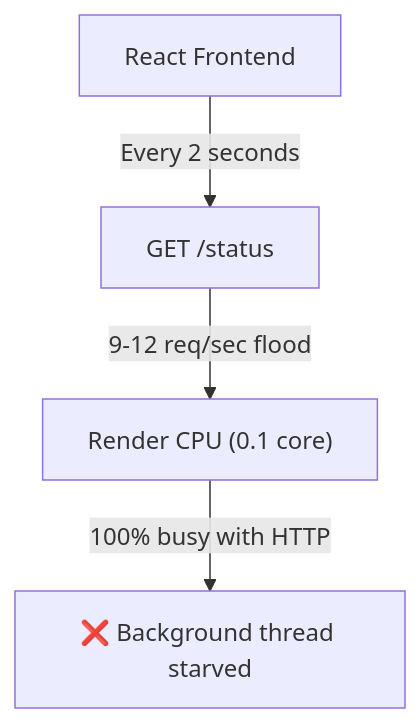
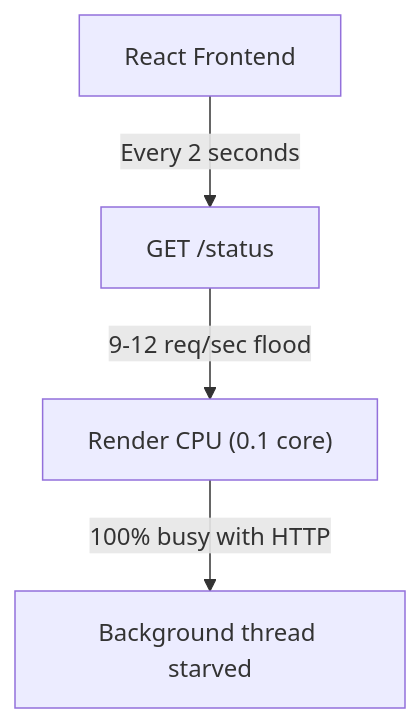
One commit to mujeebmasi/redis-rag changed the seventh of 7 diagrams in README.md. Above: the diagram before and after it, drawn with Mermaid. The commit also changed other lines of this file, not shown here.

````diff
--- a/README.md
+++ b/README.md
@@ -446,6 +446,6 @@
 ```mermaid
 graph TD
     FE["React Frontend"] -->|"Every 2 seconds"| API["GET /status"]
     API -->|"9-12 req/sec flood"| CPU["Render CPU (0.1 core)"]
-    CPU -->|"100% busy with HTTP"| BG["❌ Background thread starved"]
+    CPU -->|"100% busy with HTTP"| BG["Background thread starved"]
 ```
````
